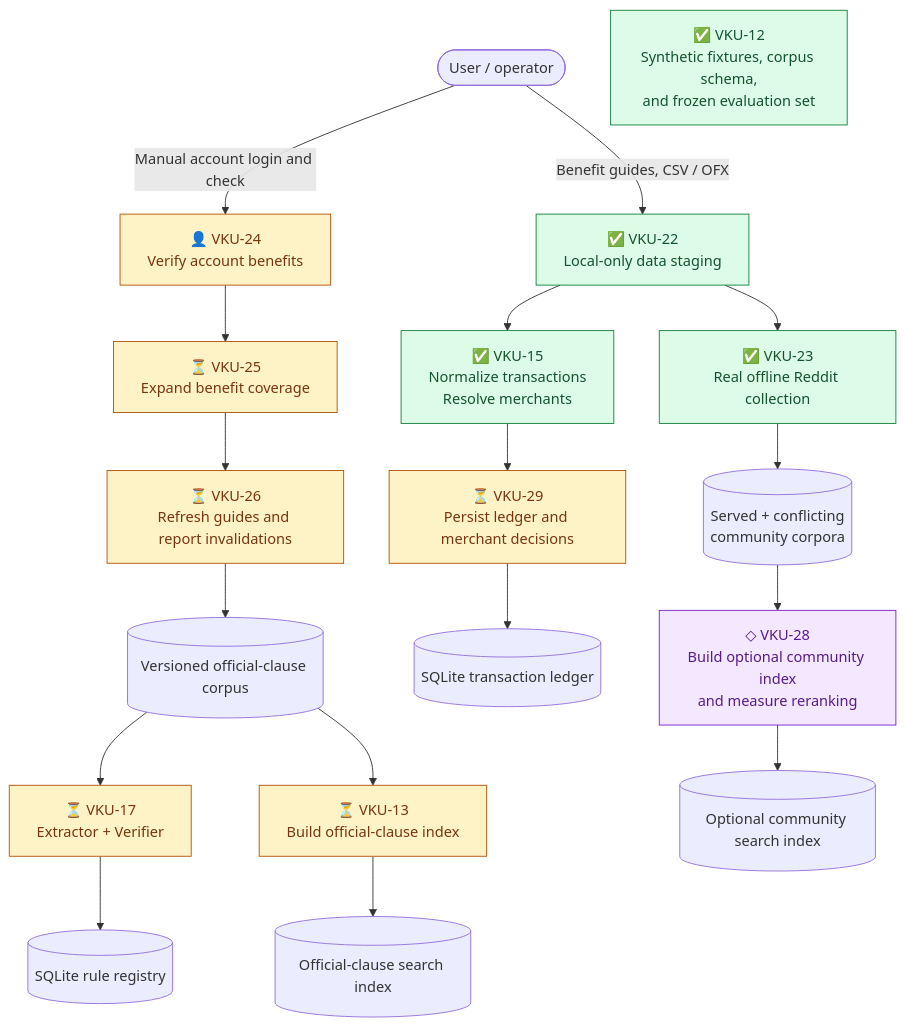
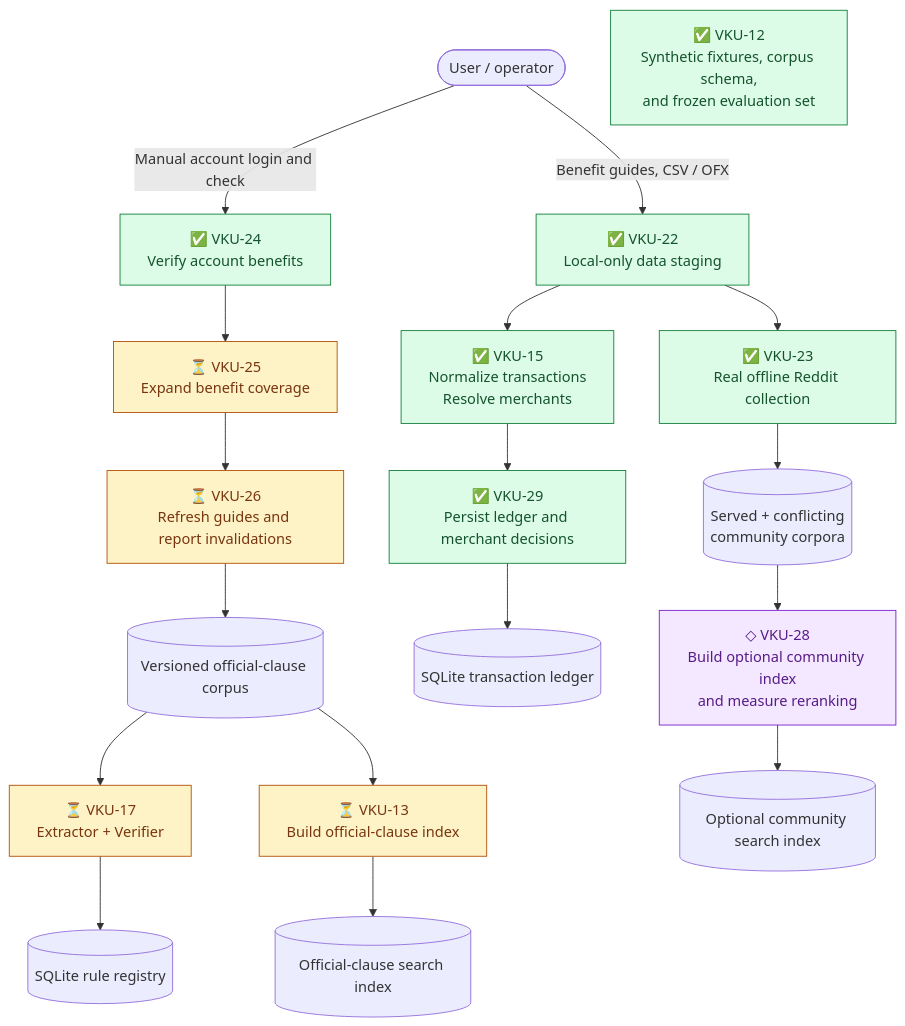
Before and after one commit to vinodkl/perk-watch: the first of 3 diagrams in docs/architecture-flow.md, drawn with Mermaid. The commit also changed other lines of this file and 1 other file, not shown here.

Commit message:
docs: mark VKU-24/VKU-29 done, document execution order

````diff
--- a/docs/architecture-flow.md
+++ b/docs/architecture-flow.md
@@ -26,33 +30,33 @@
 ```mermaid
 flowchart TB
     OP([User / operator])
 
-    OP -->|"Manual account login and check"| V24["👤 VKU-24<br/>Verify account benefits"]
+    OP -->|"Manual account login and check"| V24["✅ VKU-24<br/>Verify account benefits"]
     V24 --> V25["⏳ VKU-25<br/>Expand benefit coverage"]
     V25 --> V26["⏳ VKU-26<br/>Refresh guides and report invalidations"]
 
     OP -->|"Benefit guides, CSV / OFX"| S22["✅ VKU-22<br/>Local-only data staging"]
     S22 --> T15["✅ VKU-15<br/>Normalize transactions<br/>Resolve merchants"]
-    T15 --> P29["⏳ VKU-29<br/>Persist ledger and merchant decisions"]
+    T15 --> P29["✅ VKU-29<br/>Persist ledger and merchant decisions"]
     P29 --> LEDGER[("SQLite transaction ledger")]
 
     V26 --> CORPUS[("Versioned official-clause corpus")]
     CORPUS --> R17["⏳ VKU-17<br/>Extractor + Verifier"]
     R17 --> REG[("SQLite rule registry")]
     CORPUS --> O13["⏳ VKU-13<br/>Build official-clause index"]
     O13 --> OINDEX[("Official-clause search index")]
 
     S22 --> C23["✅ VKU-23<br/>Real offline Reddit collection"]
     C23 --> COMM[("Served + conflicting<br/>community corpora")]
     COMM --> O28["◇ VKU-28<br/>Build optional community index<br/>and measure reranking"]
     O28 --> CINDEX[("Optional community search index")]
 
     C12["✅ VKU-12<br/>Synthetic fixtures, corpus schema,<br/>and frozen evaluation set"]
 
     classDef done fill:#dcfce7,stroke:#15803d,color:#14532d;
     classDef pending fill:#fef3c7,stroke:#b45309,color:#78350f;
     classDef optional fill:#f3e8ff,stroke:#7e22ce,color:#581c87;
-    class S22,T15,C23,C12 done;
-    class V24,V25,V26,P29,R17,O13 pending;
+    class S22,T15,C23,C12,V24,P29 done;
+    class V25,V26,R17,O13 pending;
     class O28 optional;
 ```
````
